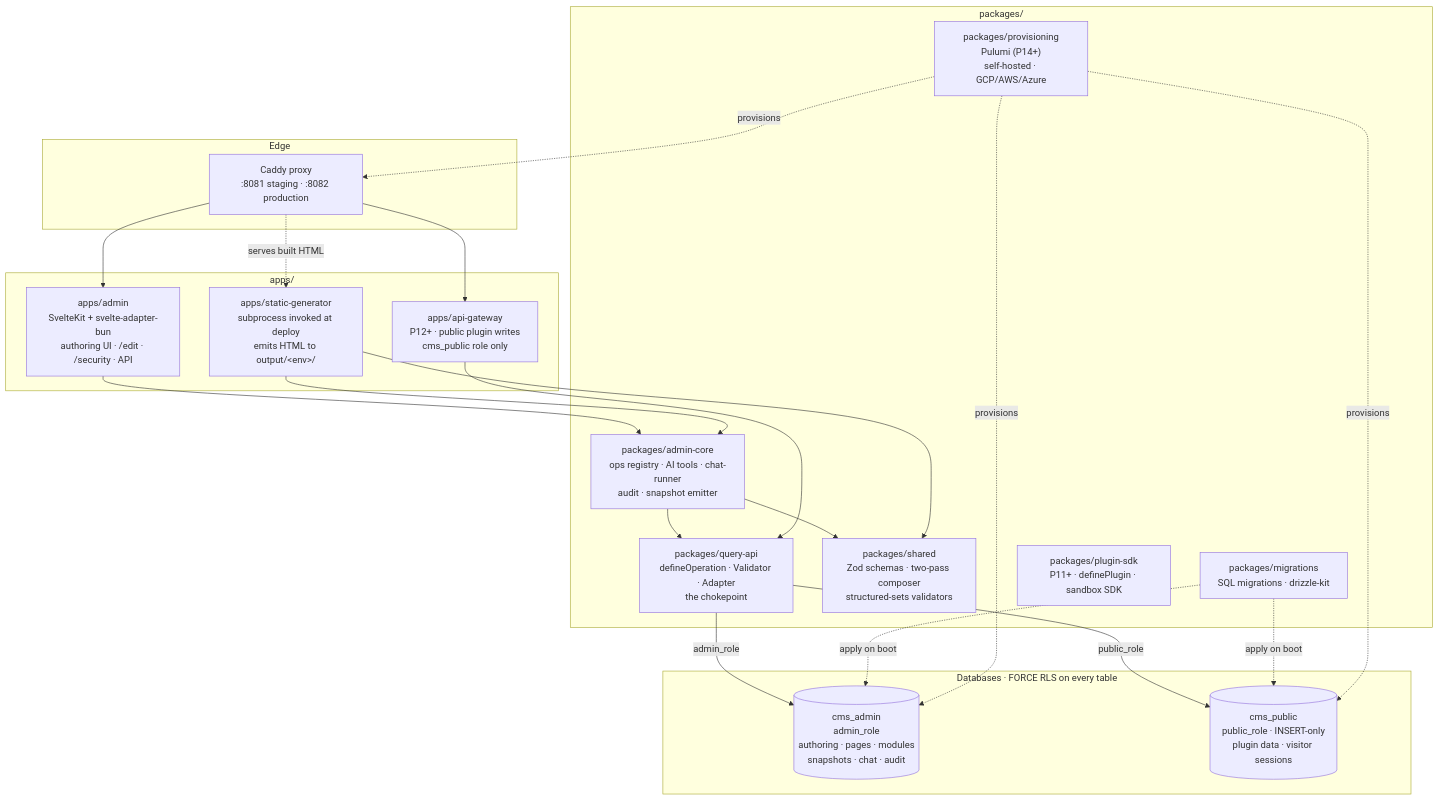
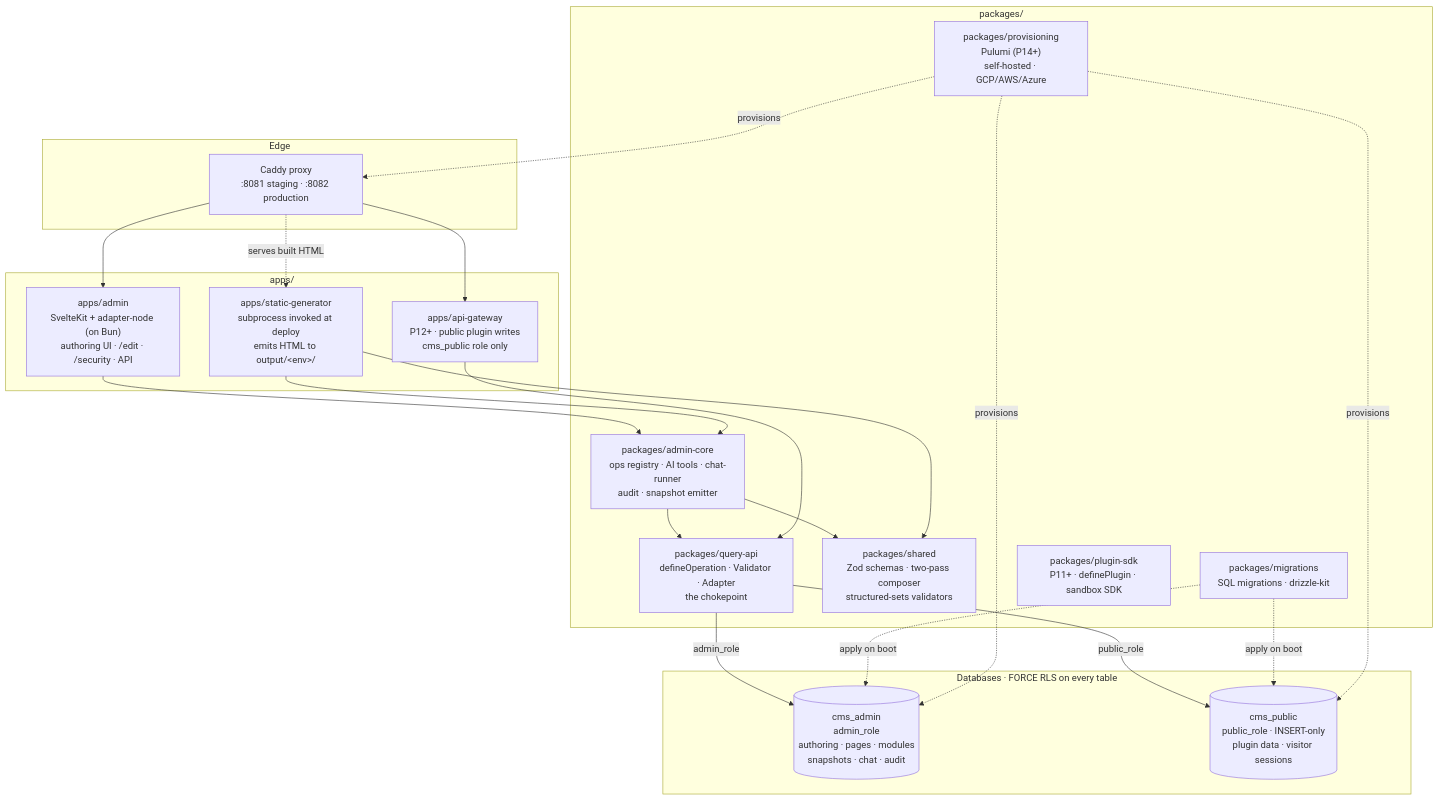
The first of 4 diagrams in ARCHITECTURE.md (caelo-cms/caelo-cms), drawn with Mermaid before and after one commit. The commit also changed 15 other files, not shown here.

First line of the commit message:
chore(admin): serve the admin with @sveltejs/adapter-node on Bun

````diff
--- a/ARCHITECTURE.md
+++ b/ARCHITECTURE.md
@@ -11,47 +11,47 @@
 ```mermaid
 graph TD
   subgraph edge["Edge"]
     Caddy["Caddy proxy<br/>:8081 staging · :8082 production"]
   end
 
   subgraph apps["apps/"]
-    Admin["apps/admin<br/>SvelteKit + svelte-adapter-bun<br/>authoring UI · /edit · /security · API"]
+    Admin["apps/admin<br/>SvelteKit + adapter-node (on Bun)<br/>authoring UI · /edit · /security · API"]
     StaticGen["apps/static-generator<br/>subprocess invoked at deploy<br/>emits HTML to output/&lt;env&gt;/"]
     Gateway["apps/api-gateway<br/>P12+ · public plugin writes<br/>cms_public role only"]
   end
 
   subgraph pkgs["packages/"]
     AdminCore["packages/admin-core<br/>ops registry · AI tools · chat-runner<br/>audit · snapshot emitter"]
     QueryApi["packages/query-api<br/>defineOperation · Validator · Adapter<br/>the chokepoint"]
     Shared["packages/shared<br/>Zod schemas · two-pass composer<br/>structured-sets validators"]
     Migrations["packages/migrations<br/>SQL migrations · drizzle-kit"]
     Provisioning["packages/provisioning<br/>Pulumi (P14+)<br/>self-hosted · GCP/AWS/Azure"]
     PluginSdk["packages/plugin-sdk<br/>P11+ · definePlugin · sandbox SDK"]
   end
 
   subgraph dbs["Databases · FORCE RLS on every table"]
     CmsAdmin[("cms_admin<br/>admin_role<br/>authoring · pages · modules<br/>snapshots · chat · audit")]
     CmsPublic[("cms_public<br/>public_role · INSERT-only<br/>plugin data · visitor sessions")]
   end
 
   Caddy --> Admin
   Caddy --> Gateway
   Caddy -. serves built HTML .-> StaticGen
 
   Admin --> AdminCore
   AdminCore --> QueryApi
   AdminCore --> Shared
   Gateway --> QueryApi
   StaticGen --> AdminCore
   StaticGen --> Shared
 
   QueryApi -- admin_role --> CmsAdmin
   QueryApi -- public_role --> CmsPublic
 
   Migrations -. apply on boot .-> CmsAdmin
   Migrations -. apply on boot .-> CmsPublic
 
   Provisioning -. provisions .-> Caddy
   Provisioning -. provisions .-> CmsAdmin
   Provisioning -. provisions .-> CmsPublic
 ```
````
